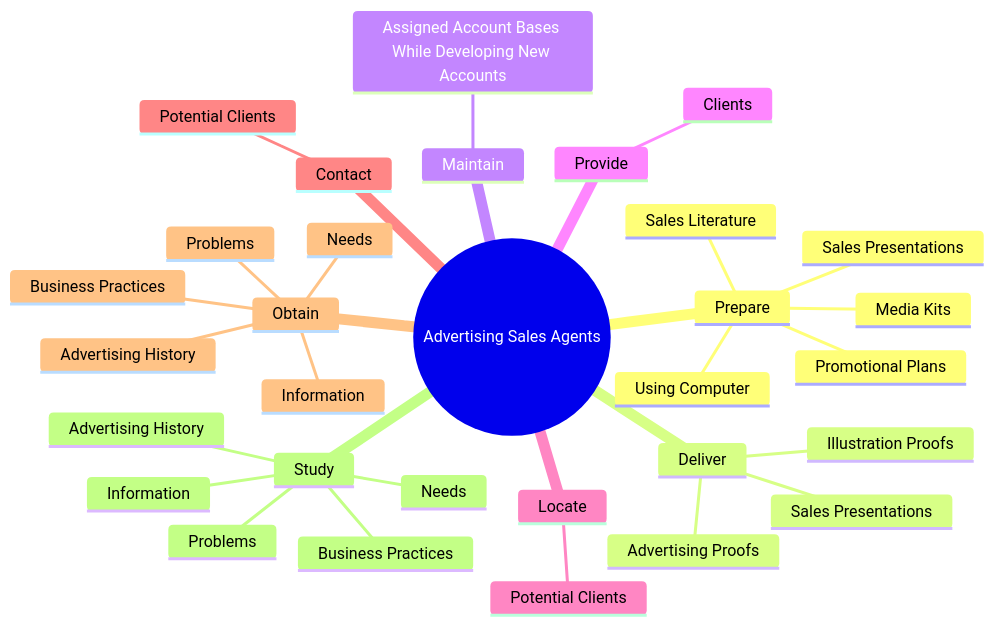
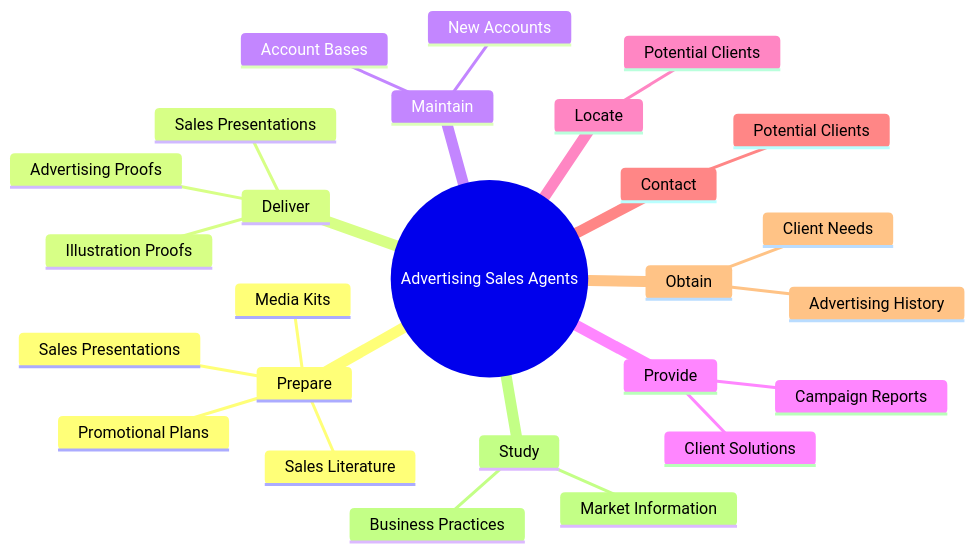
One commit to kziemski/business.org.ai changed the second of 4 diagrams in occupations/Sales/AdvertisingSalesAgents.mdx. Above: the diagram before and after it, drawn with Mermaid. The commit also changed other lines of this file and 938 other files, not shown here.

````diff
--- a/occupations/Sales/AdvertisingSalesAgents.mdx
+++ b/occupations/Sales/AdvertisingSalesAgents.mdx
@@ -37,34 +45,29 @@
 ```mermaid
 mindmap
     root(("Advertising Sales Agents"))
         Prepare
             Sales Presentations
             Promotional Plans
             Sales Literature
             Media Kits
-            Using Computer
         Deliver
             Sales Presentations
             Advertising Proofs
             Illustration Proofs
         Maintain
-            Assigned Account Bases While Developing New Accounts
+            Account Bases
+            New Accounts
         Provide
-            Clients
+            Client Solutions
+            Campaign Reports
         Locate
             Potential Clients
         Contact
             Potential Clients
         Obtain
-            Information
-            Needs
-            Problems
+            Client Needs
             Advertising History
-            Business Practices
         Study
-            Information
-            Needs
-            Problems
-            Advertising History
+            Market Information
             Business Practices
 ```
````
